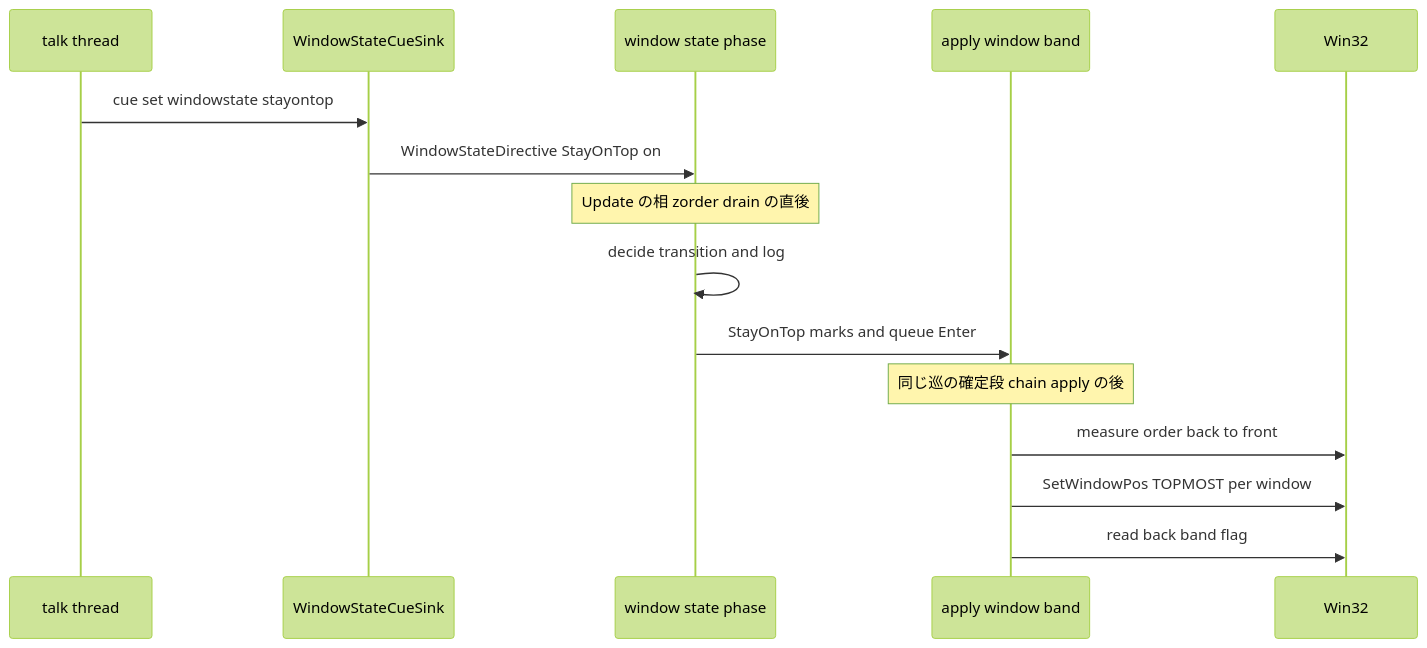
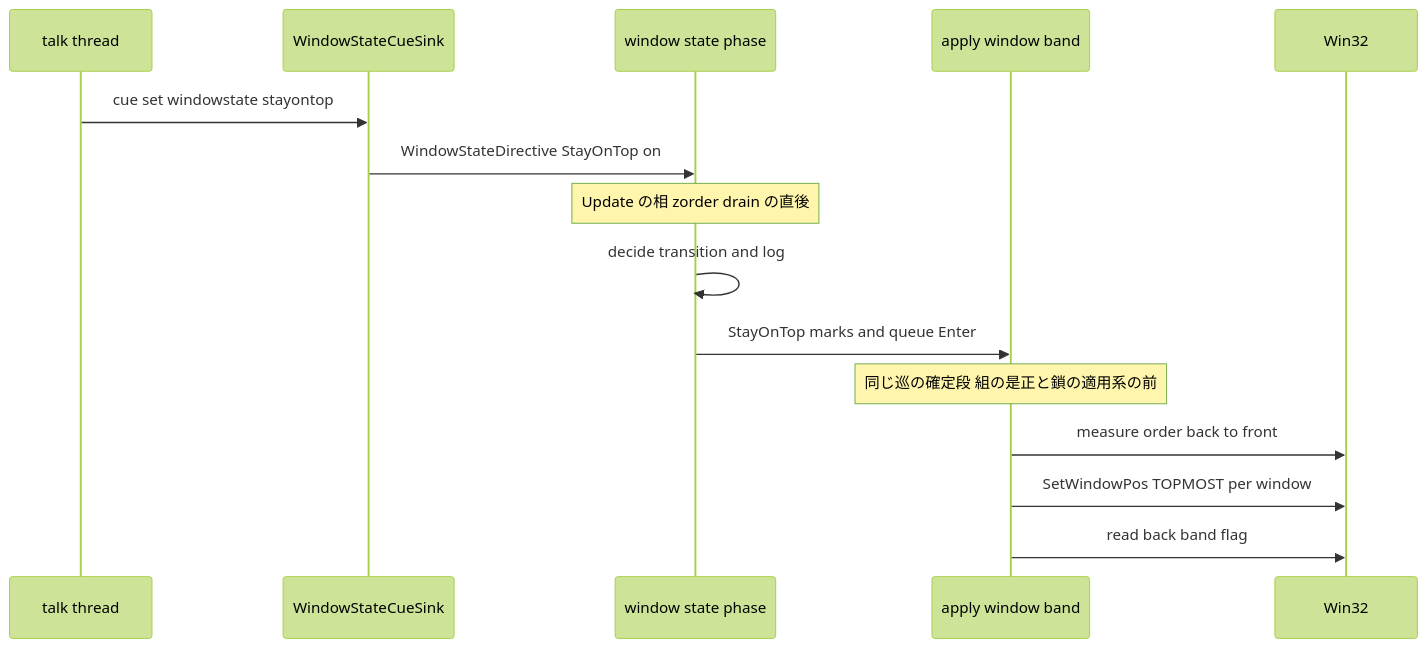
Before and after one commit to ekicyou/areka: the second of 4 diagrams in .kiro/specs/stay-on-top-directives/design.md, drawn with Mermaid (forest theme). The commit also changed other lines of this file and 1 other file, not shown here.

````diff
--- a/.kiro/specs/stay-on-top-directives/design.md
+++ b/.kiro/specs/stay-on-top-directives/design.md
@@ -191,17 +191,17 @@
 ```mermaid
 sequenceDiagram
     participant Talk as talk thread
     participant Sink as WindowStateCueSink
     participant Phase as window state phase
     participant Band as apply window band
     participant OS as Win32
     Talk->>Sink: cue set windowstate stayontop
     Sink->>Phase: WindowStateDirective StayOnTop on
     Note over Phase: Update の相 zorder drain の直後
     Phase->>Phase: decide transition and log
     Phase->>Band: StayOnTop marks and queue Enter
-    Note over Band: 同じ巡の確定段 chain apply の後
+    Note over Band: 同じ巡の確定段 組の是正と鎖の適用系の前
     Band->>OS: measure order back to front
     Band->>OS: SetWindowPos TOPMOST per window
     Band->>OS: read back band flag
 ```
````
